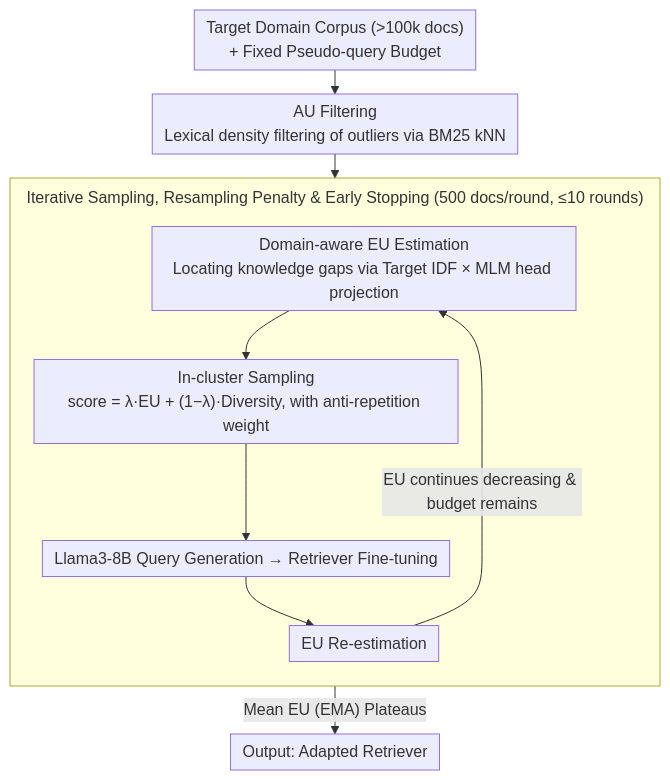
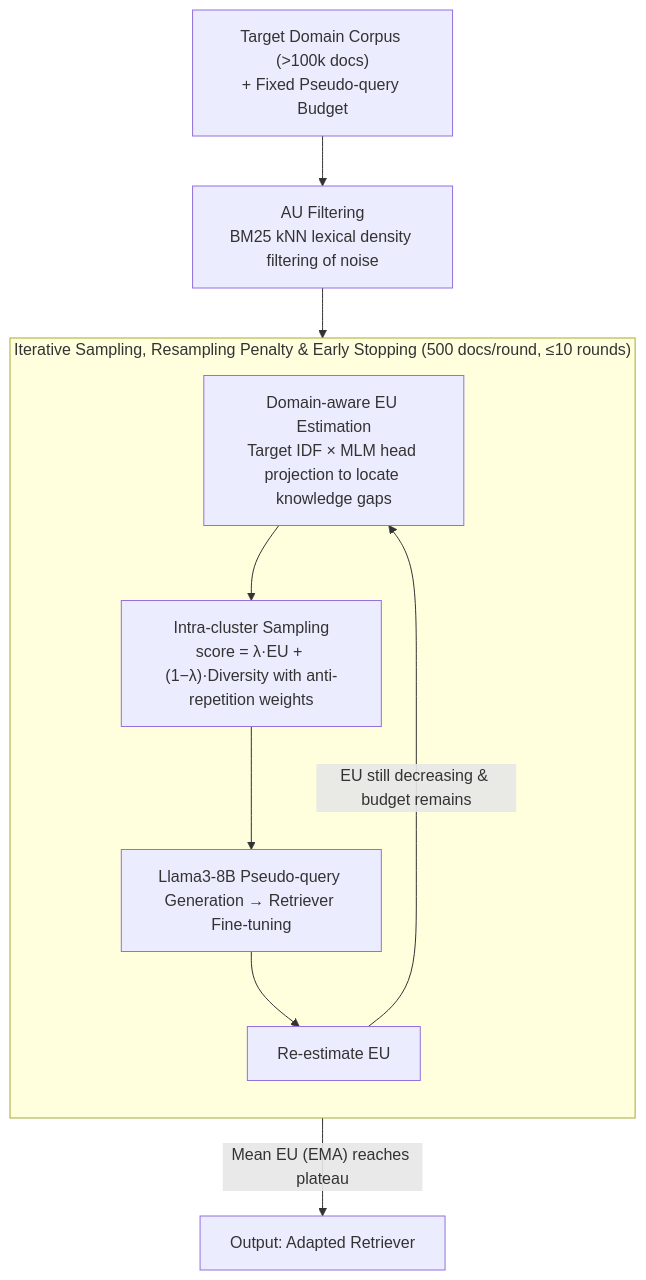
The diagram in docs/ACL2026/information_retrieval/unite_uncertainty-based_iterative_document_sampling_for_domain_adaptation_in_inf.md (zhaoyang97/Paper-Notes-en), drawn with Mermaid before and after one commit. The commit also changed other lines of this file and 5084 other files, not shown here.

````diff
--- a/docs/ACL2026/information_retrieval/unite_uncertainty-based_iterative_document_sampling_for_domain_adaptation_in_inf.md
+++ b/docs/ACL2026/information_retrieval/unite_uncertainty-based_iterative_document_sampling_for_domain_adaptation_in_inf.md
@@ -45,14 +45,13 @@
 ```mermaid
-%%{init: {'flowchart': {'rankSpacing': 24, 'nodeSpacing': 28, 'padding': 6, 'wrappingWidth': 400, 'subGraphTitleMargin': {'top': 8, 'bottom': 16}}}}%%
-flowchart TD
-    A["Target Domain Corpus (>100k docs)<br/>+ Fixed Pseudo-query Budget"] --> B["AU Filtering<br/>Lexical density filtering of outliers via BM25 kNN"]
+graph TD
+    A["Target Domain Corpus (>100k docs)<br/>+ Fixed Pseudo-query Budget"] --> B["AU Filtering<br/>BM25 kNN lexical density filtering of noise"]
     B --> C
     subgraph LOOP["Iterative Sampling, Resampling Penalty & Early Stopping (500 docs/round, ≤10 rounds)"]
         direction TB
-        C["Domain-aware EU Estimation<br/>Locating knowledge gaps via Target IDF × MLM head projection"] --> D["In-cluster Sampling<br/>score = λ·EU + (1−λ)·Diversity, with anti-repetition weight"]
-        D --> E["Llama3-8B Query Generation → Retriever Fine-tuning"]
-        E --> F["EU Re-estimation"]
+        C["Domain-aware EU Estimation<br/>Target IDF × MLM head projection to locate knowledge gaps"] --> D["Intra-cluster Sampling<br/>score = λ·EU + (1−λ)·Diversity with anti-repetition weights"]
+        D --> E["Llama3-8B Pseudo-query Generation → Retriever Fine-tuning"]
+        E --> F["Re-estimate EU"]
     end
-    F -->|"Mean EU (EMA) Plateaus"| G["Output: Adapted Retriever"]
-    F -->|"EU continues decreasing & budget remains"| C
+    F -->|"Mean EU (EMA) reaches plateau"| G["Output: Adapted Retriever"]
+    F -->|"EU still decreasing & budget remains"| C
 ```
````
